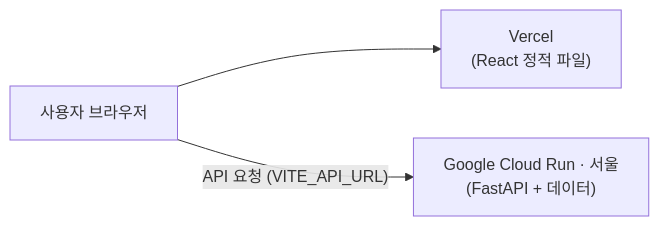
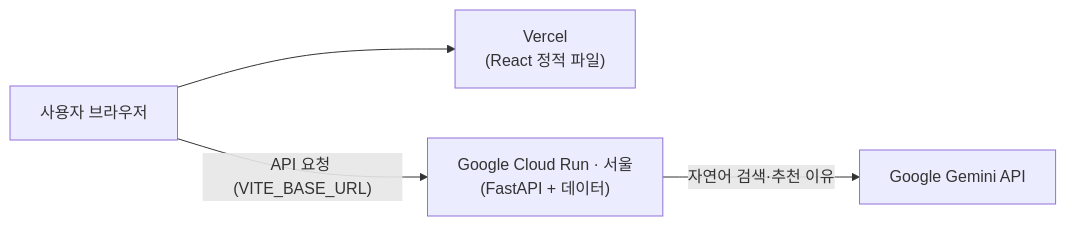
One commit to junijuny/boardgame-recommender changed the diagram in docs/deploy.md. Above: the diagram before and after it, drawn with Mermaid. The commit also changed other lines of this file and 9 other files, not shown here.

````diff
--- a/docs/deploy.md
+++ b/docs/deploy.md
@@ -12,5 +12,6 @@
 ```mermaid
 flowchart LR
     U["사용자 브라우저"] --> F["Vercel<br/>(React 정적 파일)"]
-    U -- "API 요청 (VITE_API_URL)" --> B["Google Cloud Run · 서울<br/>(FastAPI + 데이터)"]
+    U -- "API 요청 (VITE_BASE_URL)" --> B["Google Cloud Run · 서울<br/>(FastAPI + 데이터)"]
+    B -- "자연어 검색·추천 이유" --> G["Google Gemini API"]
 ```
````
